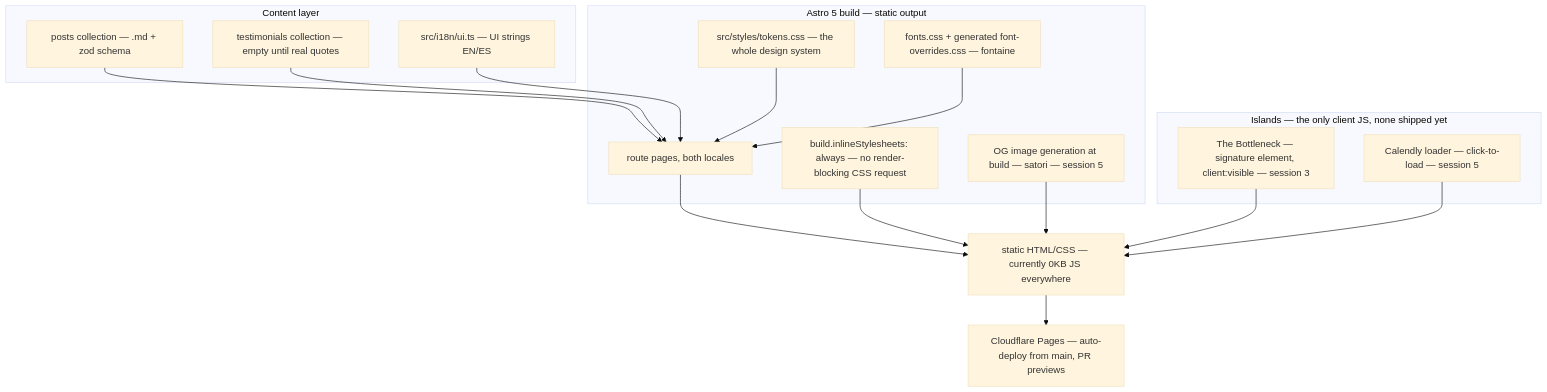
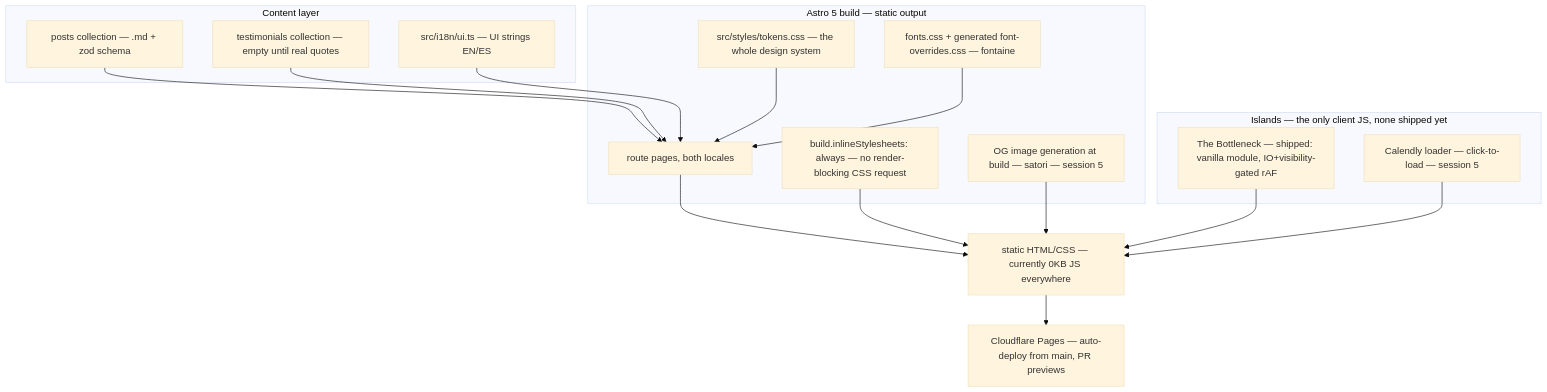
Before and after one commit to anibal/website: the diagram in brain/architecture.md, drawn with Mermaid (base theme). The commit also changed other lines of this file and 11 other files, not shown here.

````diff
--- a/brain/architecture.md
+++ b/brain/architecture.md
@@ -16,30 +16,30 @@
 ```mermaid
 graph TD
   subgraph content[Content layer]
     POSTS[posts collection — .md + zod schema]
     TESTI[testimonials collection — empty until real quotes]
     STRS[src/i18n/ui.ts — UI strings EN/ES]
   end
   subgraph build[Astro 5 build — static output]
     TOKENS[src/styles/tokens.css — the whole design system]
     FONTS[fonts.css + generated font-overrides.css — fontaine]
     INLINE[build.inlineStylesheets: always — no render-blocking CSS request]
     PAGES[route pages, both locales]
     OG[OG image generation at build — satori — session 5]
   end
   subgraph islands[Islands — the only client JS, none shipped yet]
-    BOTTLE[The Bottleneck — signature element, client:visible — session 3]
+    BOTTLE[The Bottleneck — shipped: vanilla module, IO+visibility-gated rAF]
     CAL[Calendly loader — click-to-load — session 5]
   end
   POSTS --> PAGES
   TESTI --> PAGES
   STRS --> PAGES
   TOKENS --> PAGES
   FONTS --> PAGES
   PAGES --> OUT[static HTML/CSS — currently 0KB JS everywhere]
   INLINE --> OUT
   OG --> OUT
   BOTTLE --> OUT
   CAL --> OUT
   OUT --> CF[Cloudflare Pages — auto-deploy from main, PR previews]
 ```
````
